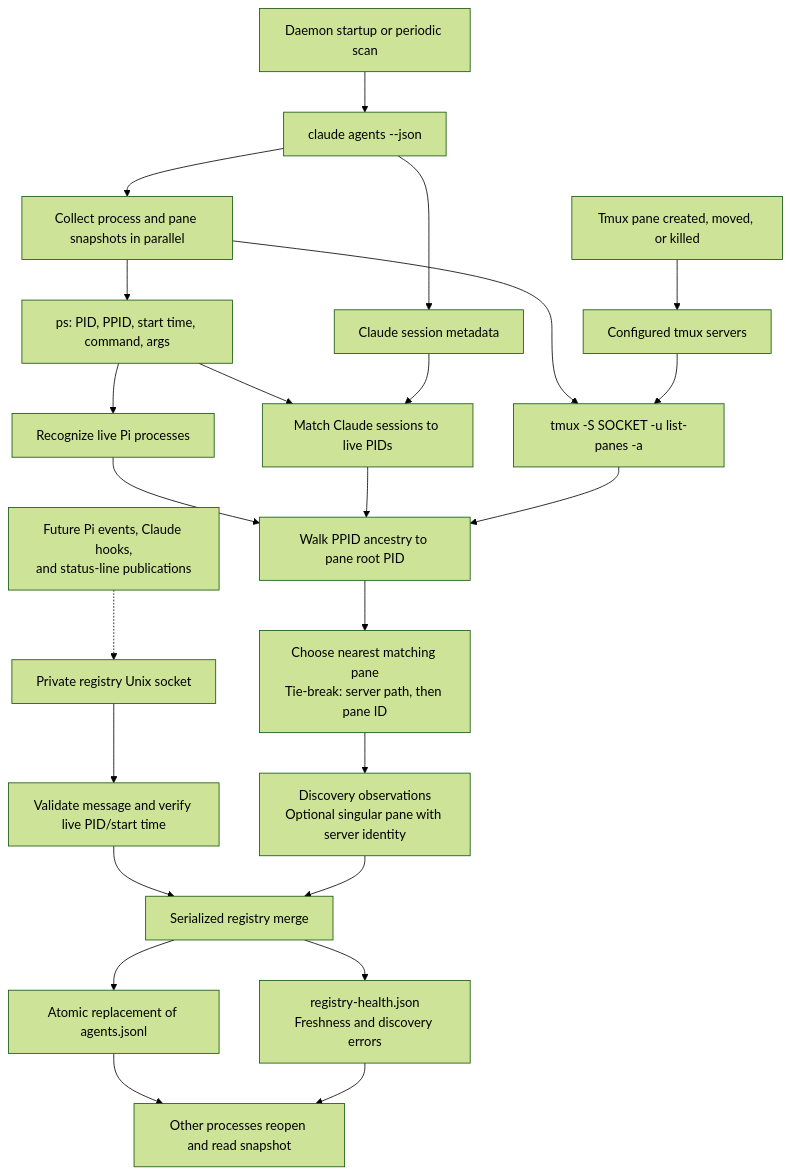
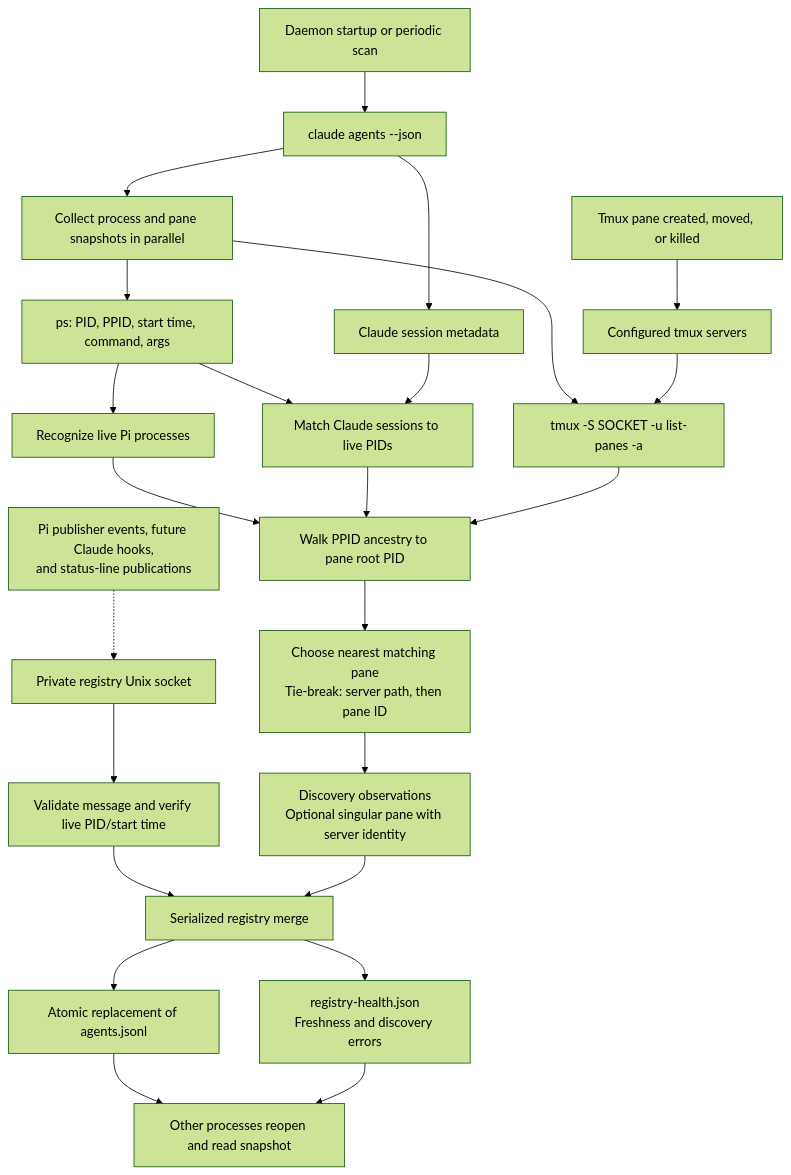
One commit to ibpme/llm-garage changed the diagram in agents-registry/README.md. Above: the diagram before and after it, drawn with Mermaid (forest theme). The commit also changed other lines of this file and 4 other files, not shown here.

Commit message:
feat(pi-custom-extensions): add registry publisher

````diff
--- a/agents-registry/README.md
+++ b/agents-registry/README.md
@@ -120,28 +122,28 @@
 ```mermaid
 flowchart TD
     CHANGE["Tmux pane created, moved, or killed"] --> TMUX["Configured tmux servers"]
     TICK["Daemon startup or periodic scan"] --> CLI["claude agents --json"]
     CLI --> SNAP["Collect process and pane snapshots in parallel"]
     SNAP --> PS["ps: PID, PPID, start time, command, args"]
     SNAP --> PANES["tmux -S SOCKET -u list-panes -a"]
     TMUX --> PANES
 
     PS --> PI["Recognize live Pi processes"]
     CLI --> CC["Claude session metadata"]
     PS --> LIVE["Match Claude sessions to live PIDs"]
     CC --> LIVE
     PI --> JOIN["Walk PPID ancestry to pane root PID"]
     LIVE --> JOIN
     PANES --> JOIN
     JOIN --> PICK["Choose nearest matching pane<br/>Tie-break: server path, then pane ID"]
     PICK --> OBS["Discovery observations<br/>Optional singular pane with server identity"]
 
-    FUTURE["Future Pi events, Claude hooks,<br/>and status-line publications"] -.-> SOCKET["Private registry Unix socket"]
+    FUTURE["Pi publisher events, future Claude hooks,<br/>and status-line publications"] -.-> SOCKET["Private registry Unix socket"]
     SOCKET --> VERIFY["Validate message and verify live PID/start time"]
     VERIFY --> STORE["Serialized registry merge"]
     OBS --> STORE
     STORE --> FILE["Atomic replacement of agents.jsonl"]
     STORE --> HEALTH["registry-health.json<br/>Freshness and discovery errors"]
     FILE --> READ["Other processes reopen and read snapshot"]
     HEALTH --> READ
 ```
````
